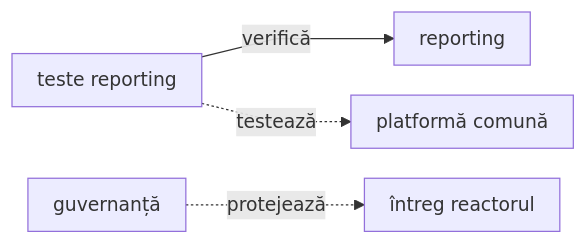
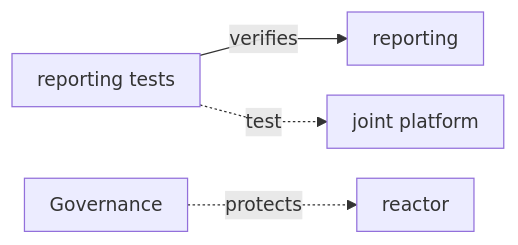
The third of 7 diagrams in README.md (crististefanita/atf_j0), drawn with Mermaid before and after one commit. The commit also changed other lines of this file and 113 other files, not shown here.

````diff
--- a/README.md
+++ b/README.md
@@ -146,13 +151,13 @@
 ```mermaid
 %%{init: {"themeVariables":{"fontSize":"15px"},"themeCSS":".nodeLabel, .nodeLabel p { font-size: 15px !important; line-height: 1.35 !important; } .edgeLabel, .edgeLabel p { font-size: 12px !important; font-weight: 400 !important; line-height: 1.2 !important; } .edgeLabel .labelBkg, .edgeLabel p { background: transparent !important; } .edgeLabel foreignObject { transform: translateY(-18px); overflow: visible; } .node rect { rx: 6px; ry: 6px; }","flowchart":{"curve":"linear","nodeSpacing":24,"rankSpacing":40,"padding":10,"diagramPadding":16}}}%%
 flowchart LR
-    ReportingTests[teste reporting]
-    Governance[guvernanță]
+    ReportingTests[reporting tests]
+    Governance[Governance]
     Reporting[reporting]
-    Platform[platformă comună]
-    Reactor[întreg reactorul]
+    Platform[joint platform]
+    Reactor[reactor]
 
-    ReportingTests -->|verifică| Reporting
-    ReportingTests -.->|testează| Platform
-    Governance -.->|protejează| Reactor
+    ReportingTests -->|verifies| Reporting
+    ReportingTests -.->|test| Platform
+    Governance -.->|protects| Reactor
 ```
````
